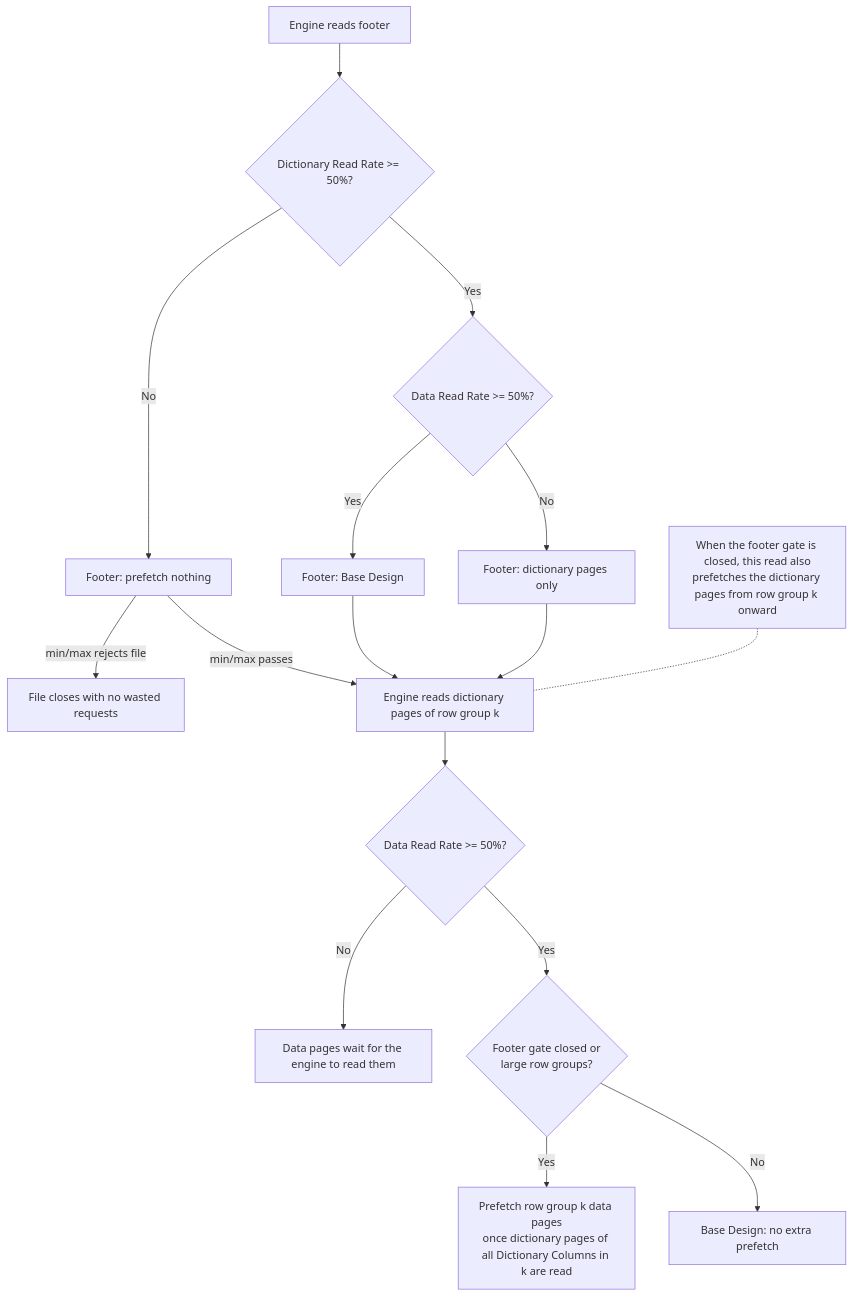
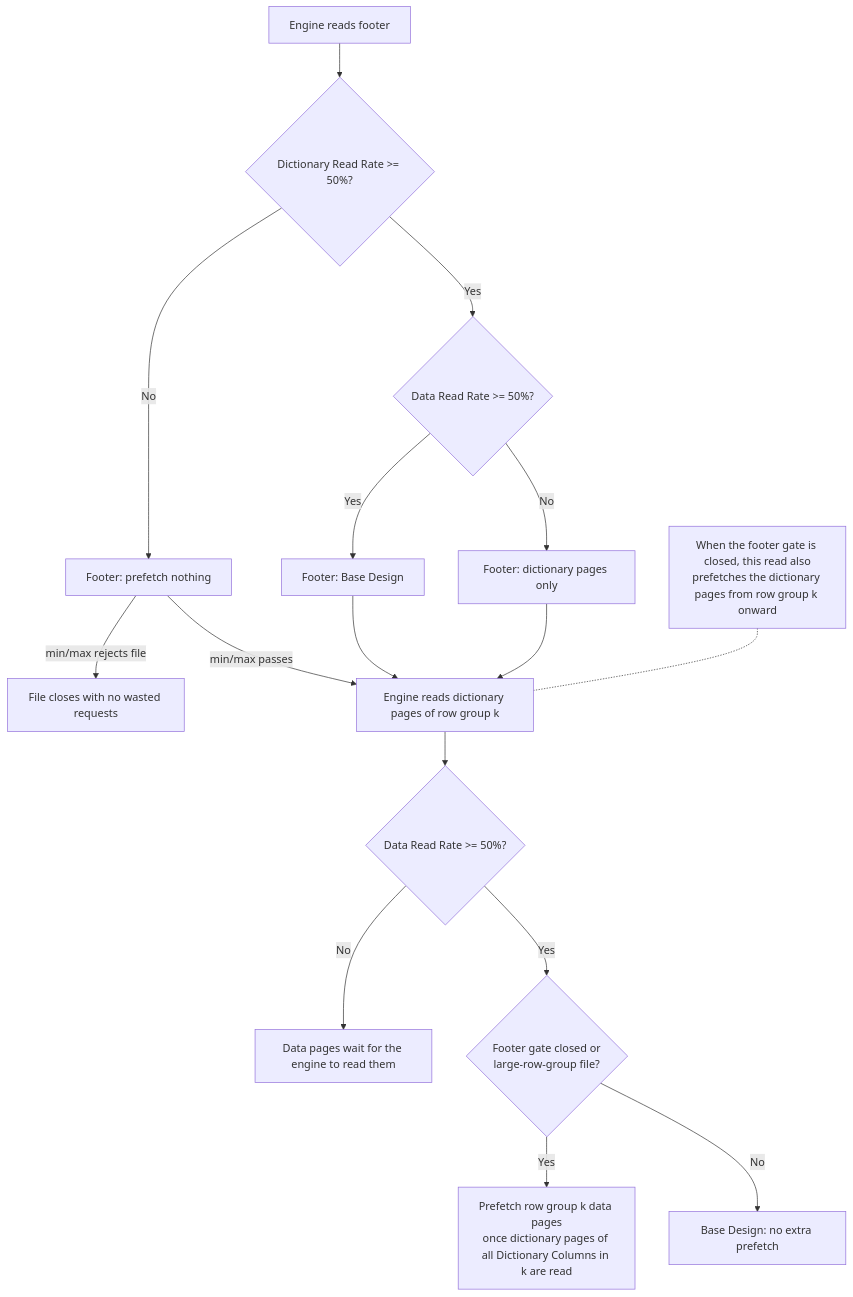
The fifth of 8 diagrams in .agents/predictive_prefetching_design_doc.md (prudhvimaharishi/gcs-analytics-core), drawn with Mermaid before and after one commit. The commit also changed other lines of this file, not shown here.

Commit message:
docs: name file types as single/small/large-row-group files

````diff
--- a/.agents/predictive_prefetching_design_doc.md
+++ b/.agents/predictive_prefetching_design_doc.md
@@ -250,19 +250,19 @@
 ```mermaid
 flowchart TD
     Footer["Engine reads footer"] --> G1{"Dictionary Read Rate >= 50%?"}
     G1 -- "Yes" --> G2{"Data Read Rate >= 50%?"}
     G2 -- "Yes" --> FBase["Footer: Base Design"]
     G2 -- "No" --> FDict["Footer: dictionary pages only"]
     G1 -- "No" --> FNone["Footer: prefetch nothing"]
     FNone -- "min/max rejects file" --> Closed["File closes with no wasted requests"]
     FNone -- "min/max passes" --> Dict["Engine reads dictionary pages of row group k"]
     FBase --> Dict
     FDict --> Dict
     Dict --> G3{"Data Read Rate >= 50%?"}
     G3 -- "No" --> Hold["Data pages wait for the engine to read them"]
-    G3 -- "Yes" --> G4{"Footer gate closed or<br/>large row groups?"}
+    G3 -- "Yes" --> G4{"Footer gate closed or<br/>large-row-group file?"}
     G4 -- "Yes" --> DataK["Prefetch row group k data pages<br/>once dictionary pages of all Dictionary Columns in k are read"]
     G4 -- "No" --> Base["Base Design: no extra prefetch"]
     NoteDict["When the footer gate is closed, this read also<br/>prefetches the dictionary pages from row group k onward"]
     NoteDict -.- Dict
 ```
````
